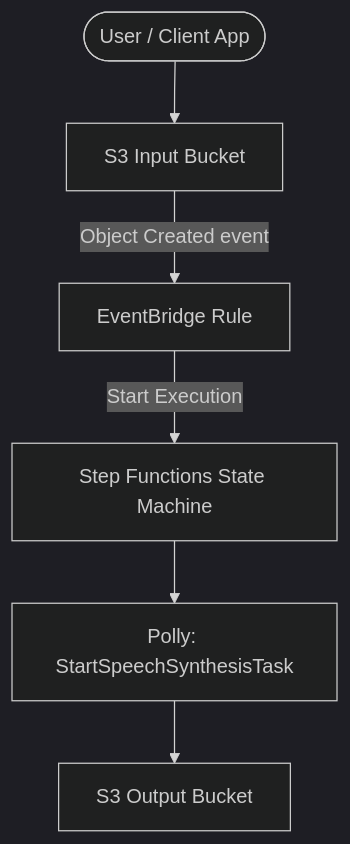
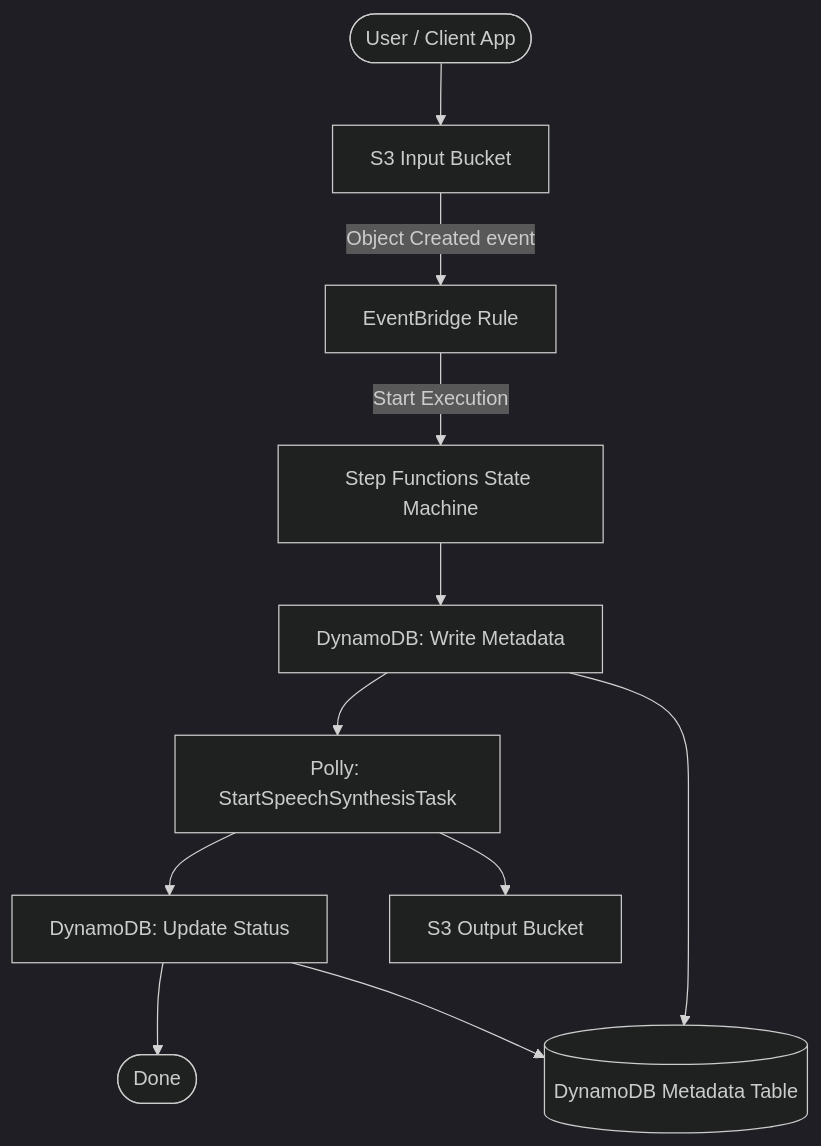
One commit to obstreperous-ai/cdk-sleep-ts-kiro changed the first of 2 diagrams in ARCHITECTURE.md. Above: the diagram before and after it, drawn with Mermaid (dark theme). The commit also changed other lines of this file and 4 other files, not shown here.

Commit message:
feat: add DynamoDB metadata table and state machine I/O handling

````diff
--- a/ARCHITECTURE.md
+++ b/ARCHITECTURE.md
@@ -19,8 +20,13 @@
 ```mermaid
 flowchart TD
     User([User / Client App]) --> S3Input[S3 Input Bucket]
     S3Input -->|Object Created event| EB[EventBridge Rule]
     EB -->|Start Execution| SFN[Step Functions State Machine]
-    SFN --> PollyTask[Polly: StartSpeechSynthesisTask]
+    SFN --> WriteMetadata[DynamoDB: Write Metadata]
+    WriteMetadata --> PollyTask[Polly: StartSpeechSynthesisTask]
+    PollyTask --> UpdateStatus[DynamoDB: Update Status]
+    UpdateStatus --> Done([Done])
+    WriteMetadata --> DDB[(DynamoDB Metadata Table)]
+    UpdateStatus --> DDB
     PollyTask --> S3Output[S3 Output Bucket]
 ```
````
